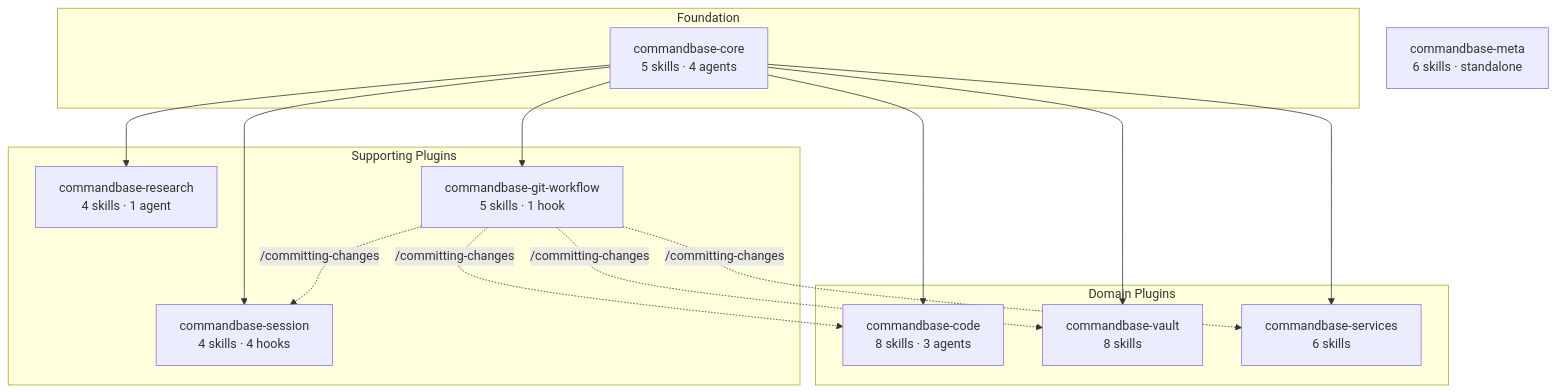
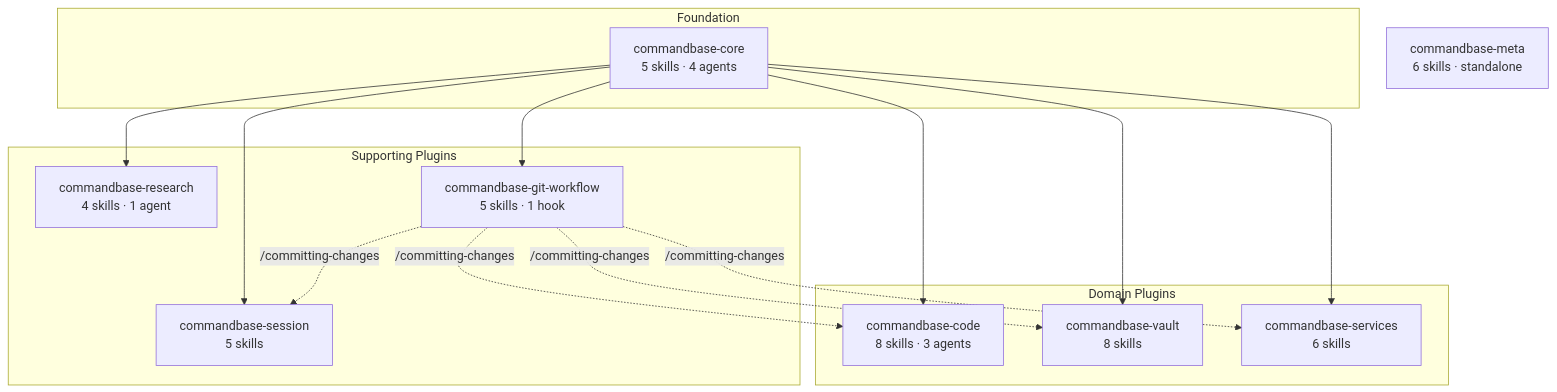
The diagram in docs/plugin-dependencies.md (N0mikon/commandbase), drawn with Mermaid before and after one commit. The commit also changed other lines of this file and 80 other files, not shown here.

First line of the commit message:
Rework commandbase-session: eliminate session tracking layer

````diff
--- a/docs/plugin-dependencies.md
+++ b/docs/plugin-dependencies.md
@@ -7,32 +7,32 @@
 ```mermaid
 flowchart TB
     subgraph foundation["Foundation"]
         core["commandbase-core<br>5 skills · 4 agents"]
     end
 
     subgraph domain["Domain Plugins"]
         code["commandbase-code<br>8 skills · 3 agents"]
         vault["commandbase-vault<br>8 skills"]
         services["commandbase-services<br>6 skills"]
     end
 
     subgraph supporting["Supporting Plugins"]
         research["commandbase-research<br>4 skills · 1 agent"]
         git["commandbase-git-workflow<br>5 skills · 1 hook"]
-        session["commandbase-session<br>4 skills · 4 hooks"]
+        session["commandbase-session<br>5 skills"]
     end
 
     meta["commandbase-meta<br>6 skills · standalone"]
 
     core --> code
     core --> vault
     core --> services
     core --> research
     core --> git
     core --> session
 
     git -.->|"/committing-changes"| code
     git -.->|"/committing-changes"| vault
     git -.->|"/committing-changes"| services
     git -.->|"/committing-changes"| session
 ```
````
